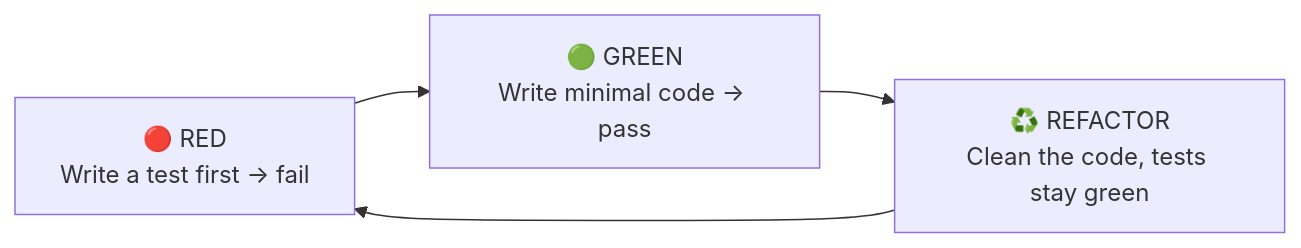
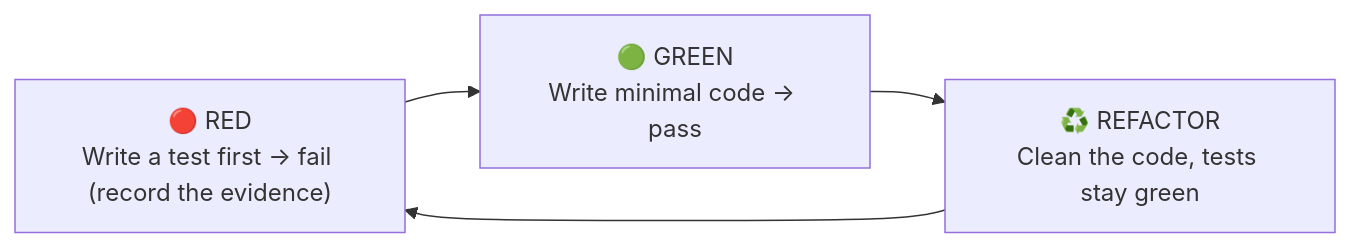
The first of 3 diagrams in docs/en/explanation/why-incremental-tdd.md (hanh9898/waterfall-bmad-method), drawn with Mermaid before and after one commit. The commit also changed other lines of this file and 29 other files, not shown here.

````diff
--- a/docs/en/explanation/why-incremental-tdd.md
+++ b/docs/en/explanation/why-incremental-tdd.md
@@ -34,6 +34,6 @@
 ```mermaid
 flowchart LR
-    R["🔴 RED<br/>Write a test first → fail"] --> G["🟢 GREEN<br/>Write minimal code → pass"]
+    R["🔴 RED<br/>Write a test first → fail (record the evidence)"] --> G["🟢 GREEN<br/>Write minimal code → pass"]
     G --> RF["♻️ REFACTOR<br/>Clean the code, tests stay green"]
     RF --> R
 ```
````
